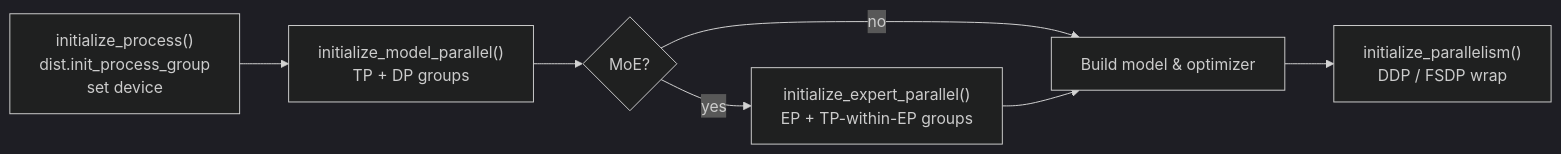
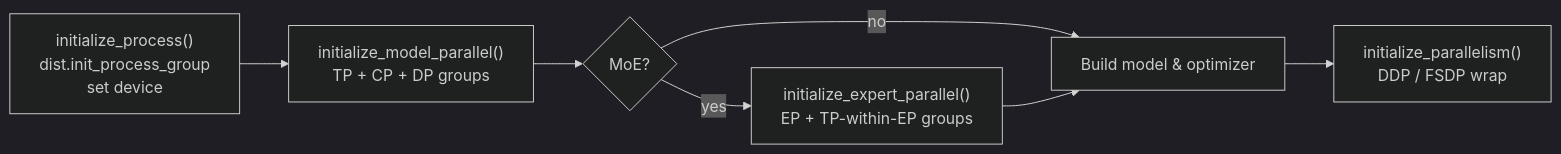
The first of 6 diagrams in docs/design/parallelism.md (haanjack/ironcore), drawn with Mermaid (dark theme) before and after one commit. The commit also changed other lines of this file and 78 other files, not shown here.

````diff
--- a/docs/design/parallelism.md
+++ b/docs/design/parallelism.md
@@ -45,14 +52,14 @@
 ```mermaid
 flowchart LR
     A["initialize_process()
     dist.init_process_group
     set device"] --> B["initialize_model_parallel()
-    TP + DP groups"]
+    TP + CP + DP groups"]
     B --> C{"MoE?"}
     C -->|yes| D["initialize_expert_parallel()
     EP + TP-within-EP groups"]
     C -->|no| E["Build model & optimizer"]
     D --> E
     E --> F["initialize_parallelism()
     DDP / FSDP wrap"]
 ```
````
